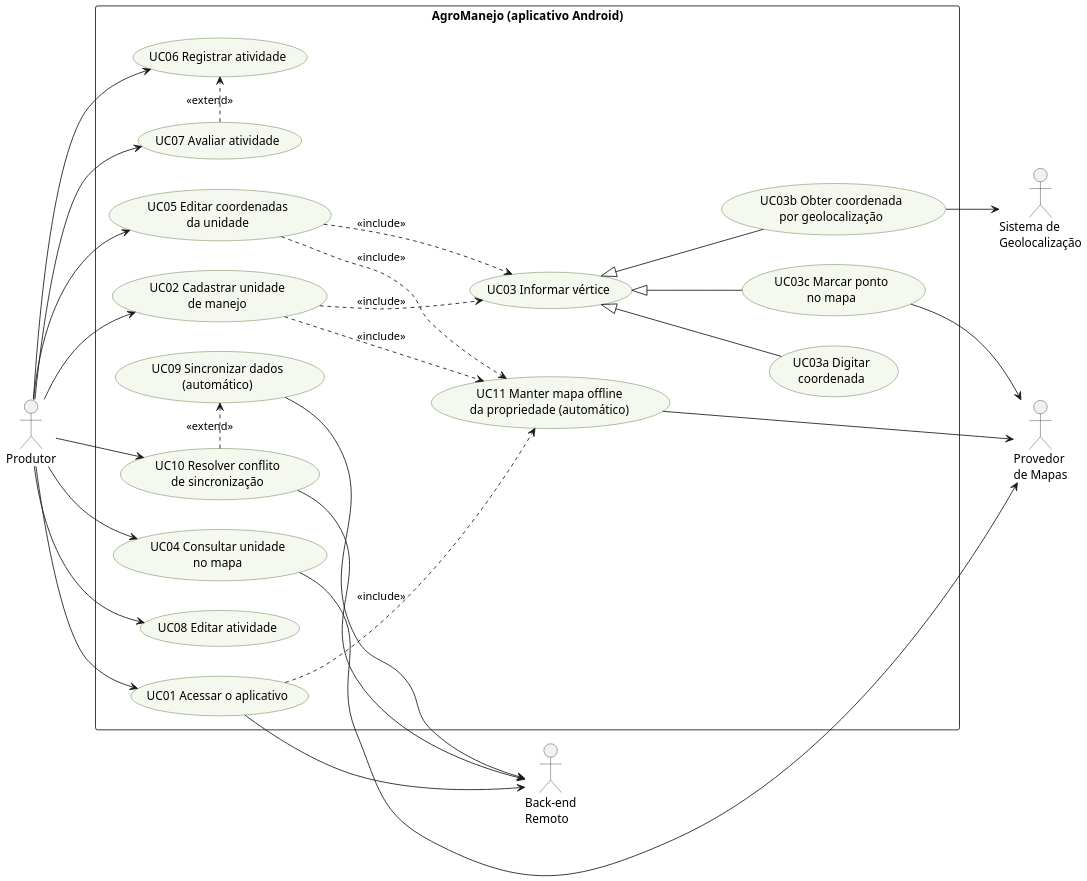
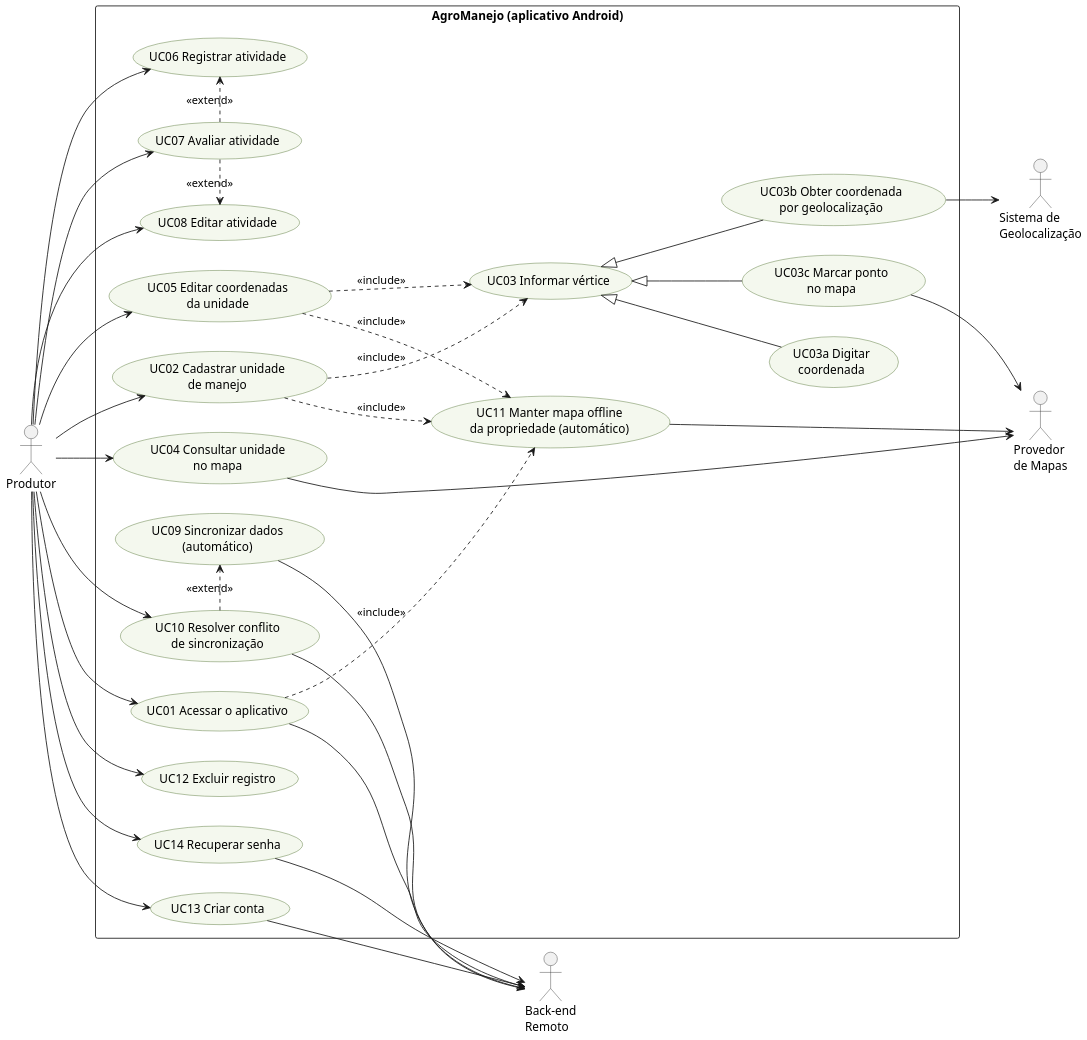
One commit to rpomar/AgroManejo changed the diagram in entrega-basica/diagramas/casos-de-uso.puml. Above: the diagram before and after it, drawn with PlantUML. The commit also changed 30 other files, not shown here.

```diff
--- a/entrega-basica/diagramas/casos-de-uso.puml
+++ b/entrega-basica/diagramas/casos-de-uso.puml
@@ -1,62 +1,71 @@
 @startuml casos-de-uso
 skinparam dpi 150
 skinparam defaultFontName Arial
 skinparam shadowing false
 skinparam usecase {
   BackgroundColor #F4F8EE
   BorderColor #4A6B2A
 }
 skinparam actorBorderColor #333333
 left to right direction
 
 actor "Produtor" as P
 
 rectangle "AgroManejo (aplicativo Android)" {
   usecase "UC02 Cadastrar unidade\nde manejo" as UC02
   usecase "UC05 Editar coordenadas\nda unidade" as UC05
   usecase "UC03 Informar vértice" as UC03
   usecase "UC03a Digitar\ncoordenada" as UC03a
   usecase "UC03b Obter coordenada\npor geolocalização" as UC03b
   usecase "UC03c Marcar ponto\nno mapa" as UC03c
   usecase "UC04 Consultar unidade\nno mapa" as UC04
   usecase "UC06 Registrar atividade" as UC06
   usecase "UC07 Avaliar atividade" as UC07
   usecase "UC08 Editar atividade" as UC08
   usecase "UC01 Acessar o aplicativo" as UC01
   usecase "UC09 Sincronizar dados\n(automático)" as UC09
   usecase "UC10 Resolver conflito\nde sincronização" as UC10
   usecase "UC11 Manter mapa offline\nda propriedade (automático)" as UC11
+  usecase "UC12 Excluir registro" as UC12
+  usecase "UC13 Criar conta" as UC13
+  usecase "UC14 Recuperar senha" as UC14
 }
 
 actor "Sistema de\nGeolocalização" as GPS
 actor "Provedor\nde Mapas" as MAP
 actor "Back-end\nRemoto" as BE
 
 P --> UC01
 P --> UC02
 P --> UC05
 P --> UC04
 P --> UC06
 P --> UC07
 P --> UC08
 
 UC02 ..> UC03 : <<include>>
 UC05 ..> UC03 : <<include>>
 UC03 <|-- UC03a
 UC03 <|-- UC03b
 UC03 <|-- UC03c
 
 UC03b --> GPS
 UC03c --> MAP
 UC04 --> MAP
 UC01 --> BE
 UC09 --> BE
 UC10 --> BE
 UC01 ..> UC11 : <<include>>
 UC02 ..> UC11 : <<include>>
 UC05 ..> UC11 : <<include>>
 UC11 --> MAP
 P --> UC10
 UC10 .> UC09 : <<extend>>
 UC07 .> UC06 : <<extend>>
+UC07 .> UC08 : <<extend>>
+P --> UC12
+P --> UC13
+P --> UC14
+UC13 --> BE
+UC14 --> BE
 @enduml
```
